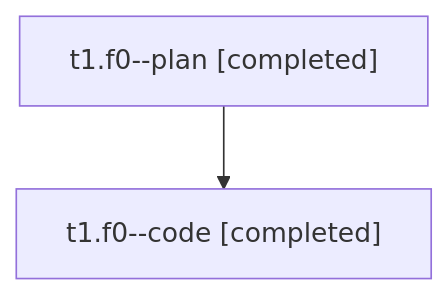
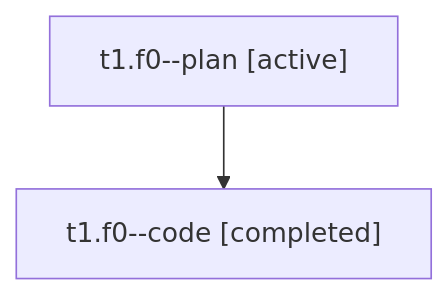
The diagram in families/bbugyi200.athena.t1.f0.md (bobs-org/bob-cli--agents), drawn with Mermaid before and after one commit. The commit also changed other lines of this file and 133 other files, not shown here.

````diff
--- a/families/bbugyi200.athena.t1.f0.md
+++ b/families/bbugyi200.athena.t1.f0.md
@@ -9,6 +9,6 @@
 ```mermaid
 flowchart TD
-  n0["t1.f0--plan [completed]"]
+  n0["t1.f0--plan [active]"]
   n1["t1.f0--code [completed]"]
   n0 --> n1
 ```
````
